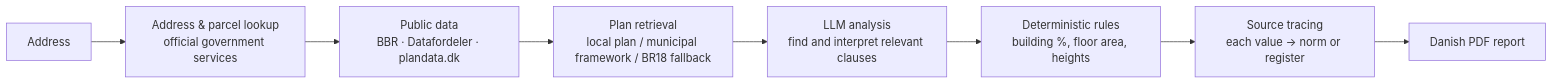
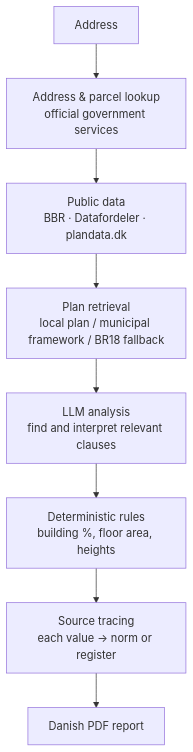
One commit to Leed131/mose-showcase changed the diagram in README.md. Above: the diagram before and after it, drawn with Mermaid.

Commit message:
Make pipeline diagram vertical for readability
Claude-Session: https://claude.ai/code/session_01Ancypj24pjUTYhc5bK3hia

````diff
--- a/README.md
+++ b/README.md
@@ -19,10 +19,10 @@
 ```mermaid
-flowchart LR
+flowchart TD
     A[Address] --> B[Address & parcel lookup<br/>official government services]
     B --> C[Public data<br/>BBR · Datafordeler · plandata.dk]
     C --> D[Plan retrieval<br/>local plan / municipal framework / BR18 fallback]
     D --> E[LLM analysis<br/>find and interpret relevant clauses]
     E --> F[Deterministic rules<br/>building %, floor area, heights]
     F --> G[Source tracing<br/>each value → norm or register]
     G --> H[Danish PDF report]
 ```
````
